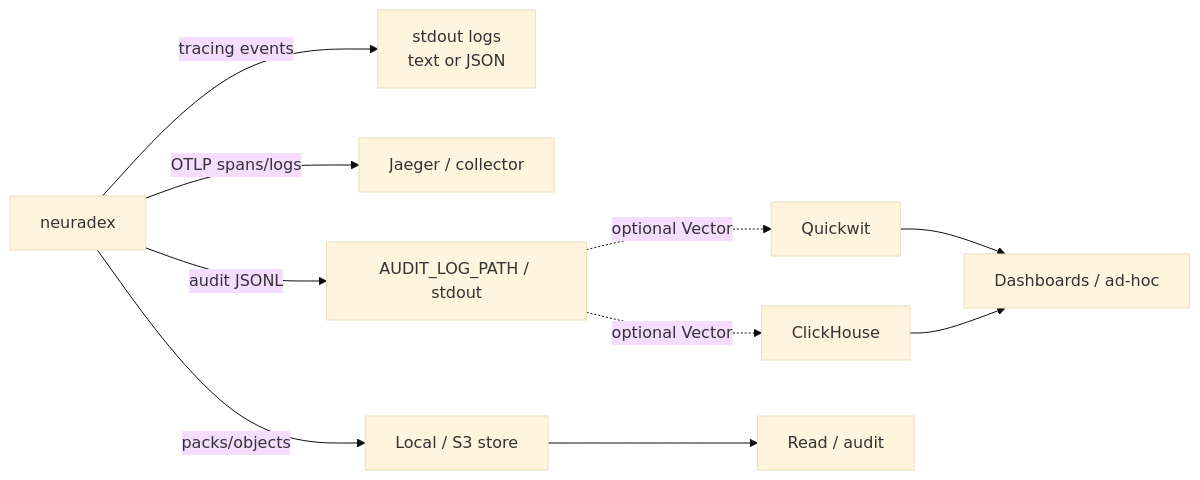
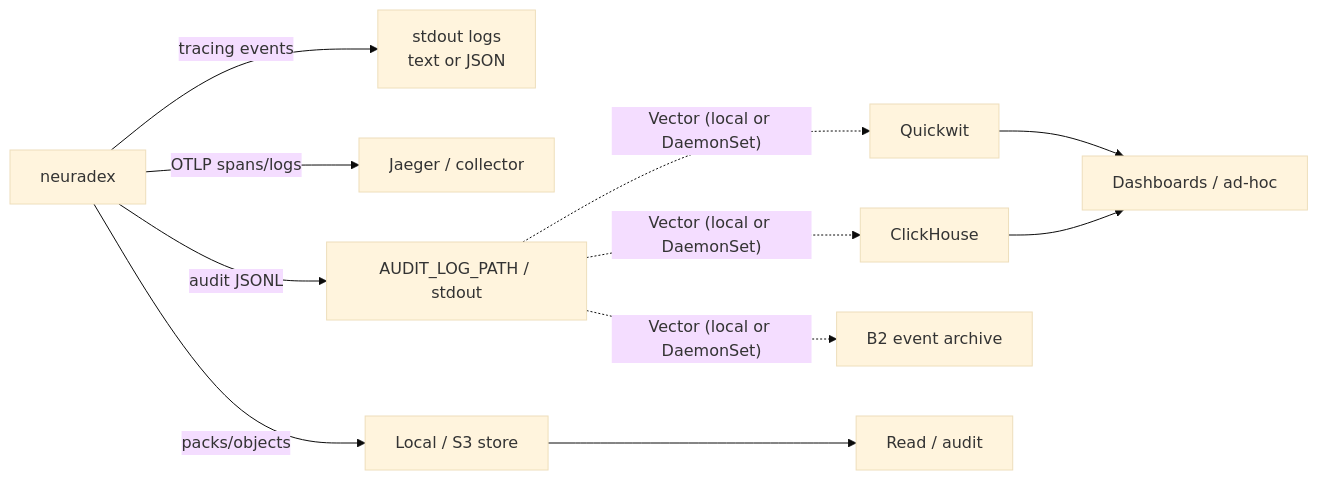
Before and after one commit to mkroman/neuradex: the diagram in docs/operations/observability.md, drawn with Mermaid (base theme). The commit also changed other lines of this file and 13 other files, not shown here.

````diff
--- a/docs/operations/observability.md
+++ b/docs/operations/observability.md
@@ -9,12 +10,13 @@
 ```mermaid
 flowchart LR
     S["neuradex"] -->|tracing events| L["stdout logs<br/>text or JSON"]
     S -->|OTLP spans/logs| J["Jaeger / collector"]
     S -->|audit JSONL| A["AUDIT_LOG_PATH / stdout"]
-    A -. optional Vector .-> Q["Quickwit"]
-    A -. optional Vector .-> C["ClickHouse"]
+    A -. Vector (local or DaemonSet) .-> Q["Quickwit"]
+    A -. Vector (local or DaemonSet) .-> C["ClickHouse"]
+    A -. Vector (local or DaemonSet) .-> E["B2 event archive"]
     S -->|packs/objects| B["Local / S3 store"]
     Q --> D["Dashboards / ad-hoc"]
     C --> D
     B --> R["Read / audit"]
 ```
````
